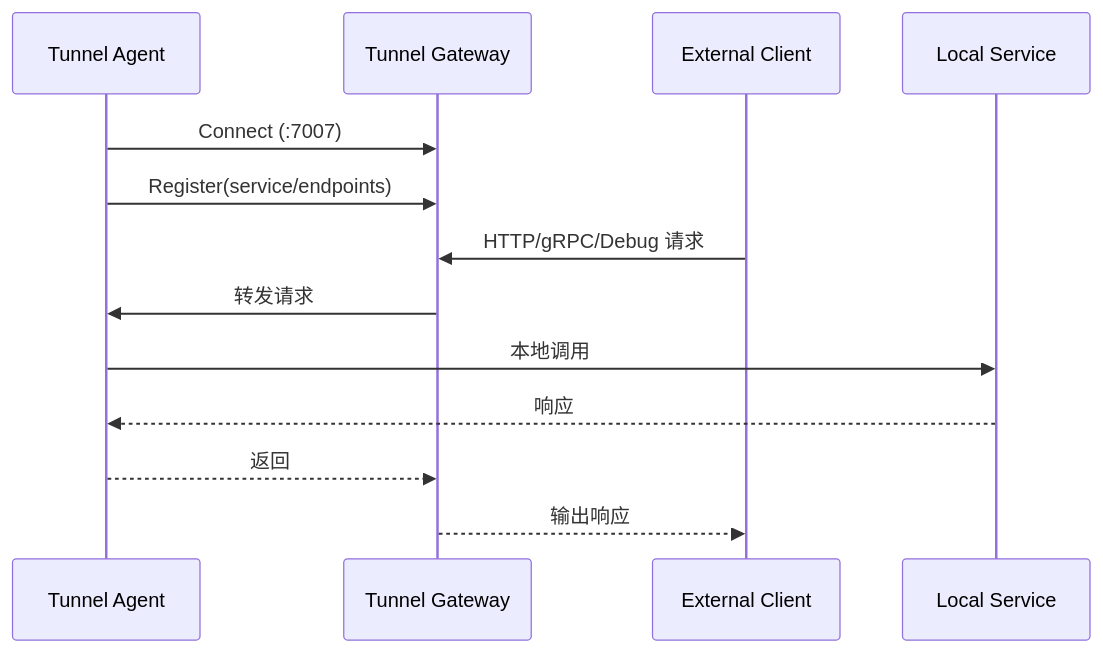
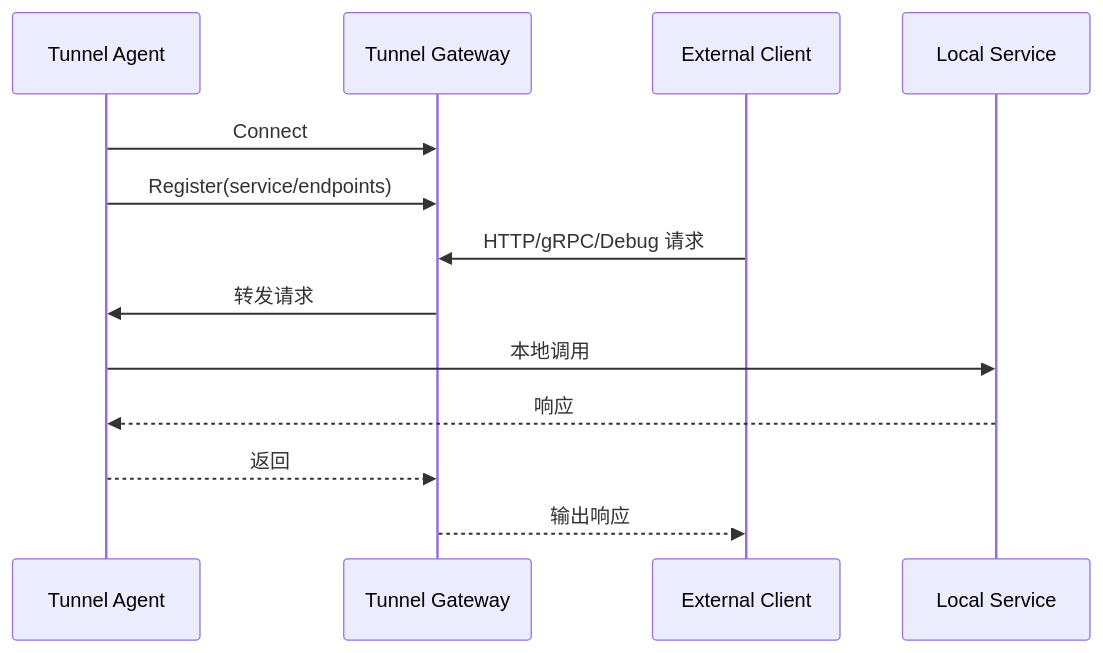
One commit to pubgo/lava changed the eighth of 8 diagrams in docs/architecture-v2.md. Above: the diagram before and after it, drawn with Mermaid. The commit also changed other lines of this file and 10 other files, not shown here.

First line of the commit message:
Update architecture and documentation to reflect gatewayserver changes

````diff
--- a/docs/architecture-v2.md
+++ b/docs/architecture-v2.md
@@ -159,16 +294,16 @@
 ```mermaid
 sequenceDiagram
     participant Agent as Tunnel Agent
     participant Gw as Tunnel Gateway
     participant Ext as External Client
     participant Local as Local Service
 
-    Agent->>Gw: Connect (:7007)
+    Agent->>Gw: Connect
     Agent->>Gw: Register(service/endpoints)
     Ext->>Gw: HTTP/gRPC/Debug 请求
     Gw->>Agent: 转发请求
     Agent->>Local: 本地调用
     Local-->>Agent: 响应
     Agent-->>Gw: 返回
     Gw-->>Ext: 输出响应
 ```
````
